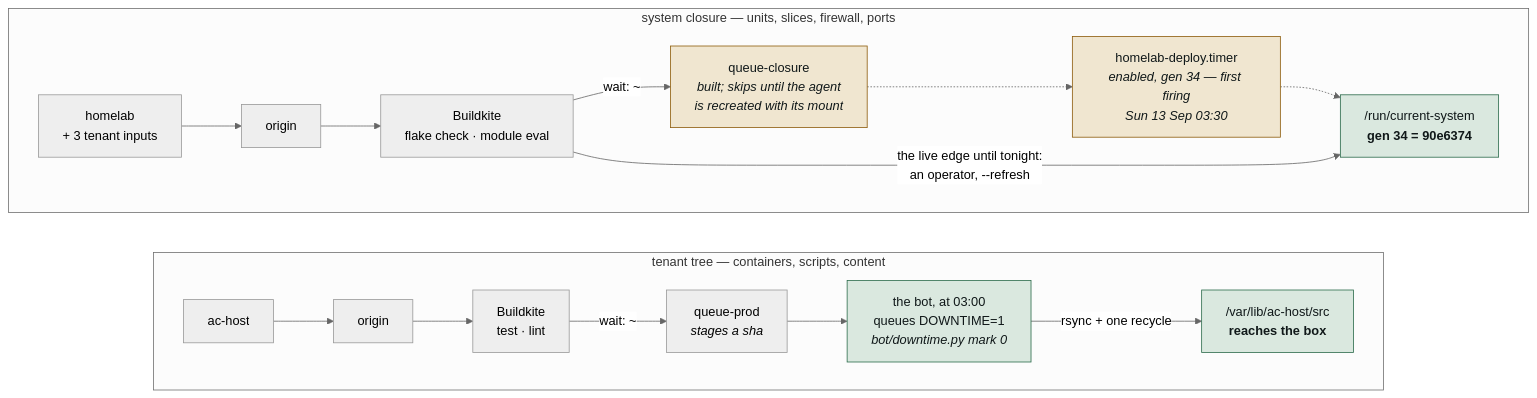
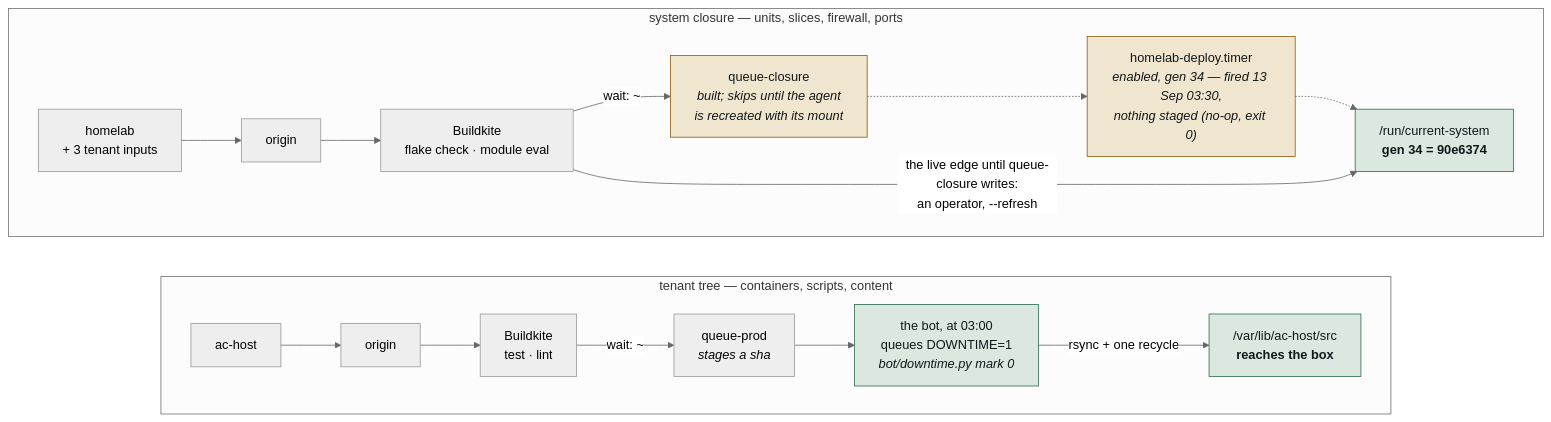
One commit to imkarrer/homelab changed the second of 5 diagrams in docs/architecture.md. Above: the diagram before and after it, drawn with Mermaid (neutral theme). The commit also changed other lines of this file and 1 other file, not shown here.

````diff
--- a/docs/architecture.md
+++ b/docs/architecture.md
@@ -62,28 +62,28 @@
 ```mermaid
 flowchart LR
     subgraph TENANT ["tenant tree — containers, scripts, content"]
         direction LR
         A1["ac-host"] --> A2["origin"]
         A2 --> A3["Buildkite<br/>test · lint"]
         A3 -- "wait: ~" --> A4["queue-prod<br/><i>stages a sha</i>"]
         A4 --> A5["the bot, at 03:00<br/>queues DOWNTIME=1<br/><i>bot/downtime.py mark 0</i>"]
         A5 -- "rsync + one recycle" --> A6["/var/lib/ac-host/src<br/><b>reaches the box</b>"]
     end
 
     subgraph CLOSURE ["system closure — units, slices, firewall, ports"]
         direction LR
         B1["homelab<br/>+ 3 tenant inputs"] --> B2["origin"]
         B2 --> B3["Buildkite<br/>flake check · module eval"]
         B3 -- "wait: ~" --> B4["queue-closure<br/><i>built; skips until the agent<br/>is recreated with its mount</i>"]
-        B4 -.-> B5["homelab-deploy.timer<br/><i>enabled, gen 34 — first firing<br/>Sun 13 Sep 03:30</i>"]
+        B4 -.-> B5["homelab-deploy.timer<br/><i>enabled, gen 34 — fired 13 Sep 03:30,<br/>nothing staged (no-op, exit 0)</i>"]
         B5 -.-> B6["/run/current-system<br/><b>gen 34 = 90e6374</b>"]
-        B3 -- "the live edge until tonight:<br/>an operator, --refresh" --> B6
+        B3 -- "the live edge until queue-closure writes:<br/>an operator, --refresh" --> B6
     end
 
     classDef ok fill:#dae8df,stroke:#2c6b4b,color:#101819;
     classDef gap fill:#f0dcda,stroke:#8f2f29,color:#101819;
     classDef pend fill:#f0e6d0,stroke:#8d5c0c,color:#101819;
     class A5,A6 ok;
     class B4,B5 pend;
     class B6 ok;
 ```
````
